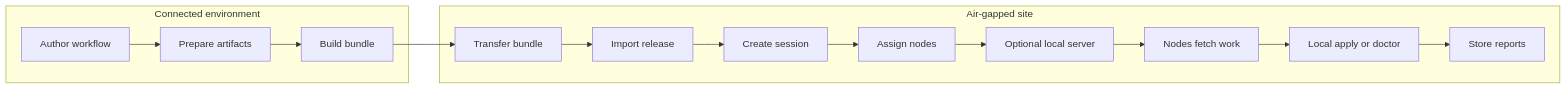
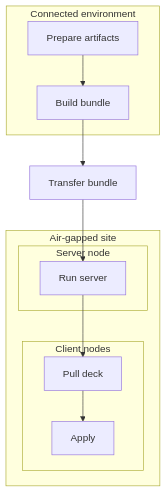
One commit to taedi90/deck changed the second of 2 diagrams in docs/concepts/architecture.md. Above: the diagram before and after it, drawn with Mermaid. The commit also changed other lines of this file, not shown here.

Commit message:
clarify architecture flow boundaries

````diff
--- a/docs/concepts/architecture.md
+++ b/docs/concepts/architecture.md
@@ -72,17 +81,21 @@
 ```mermaid
-flowchart LR
+flowchart TD
     subgraph Online[Connected environment]
-        A[Author workflow] --> B[Prepare artifacts]
-        B --> C[Build bundle]
+        A[Prepare artifacts]
+        B[Build bundle]
+        A --> B
     end
-    C --> D[Transfer bundle]
+    B --> C[Transfer bundle]
     subgraph Offline[Air-gapped site]
-        D --> E[Import release]
-        E --> F[Create session]
-        F --> G[Assign nodes]
-        G --> H[Optional local server]
-        H --> I[Nodes fetch work]
-        I --> J[Local apply or doctor]
-        J --> K[Store reports]
+        subgraph ServerNode[Server node]
+            D[Run server]
+        end
+        subgraph ClientNodes[Client nodes]
+            E[Pull deck]
+            F[Apply]
+            E --> F
+        end
+        D --> E
     end
+    C --> D
 ```
````
